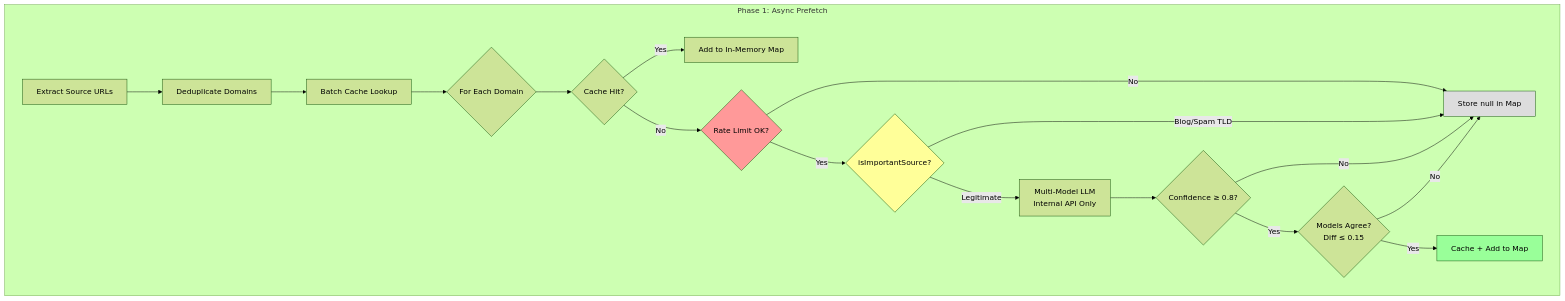
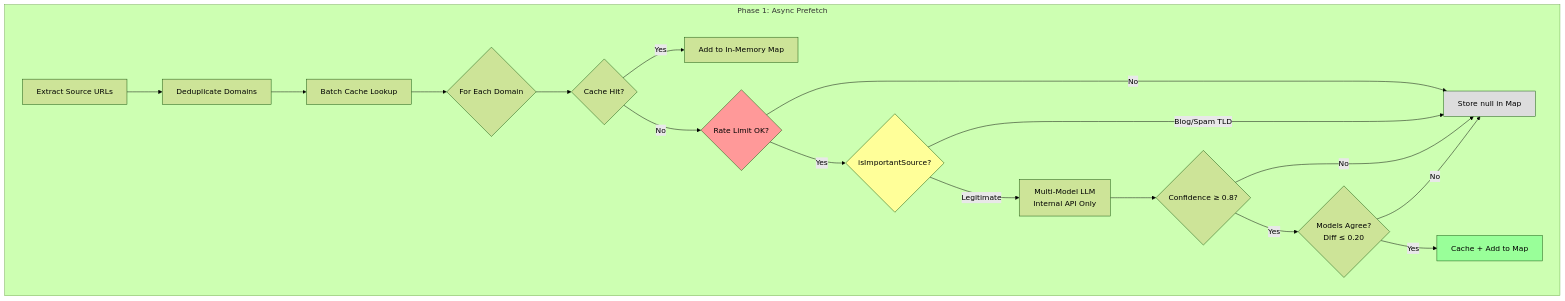
Before and after one commit to robertschaub/FactHarbor: the third of 3 diagrams in Docs/ARCHITECTURE/Source_Reliability.md, drawn with Mermaid (forest theme). The commit also changed other lines of this file and 9 other files, not shown here.

````diff
--- a/Docs/ARCHITECTURE/Source_Reliability.md
+++ b/Docs/ARCHITECTURE/Source_Reliability.md
@@ -186,25 +186,25 @@
 ```mermaid
 flowchart TD
     subgraph prefetch [Phase 1: Async Prefetch]
         URLS[Extract Source URLs] --> DEDUP[Deduplicate Domains]
         DEDUP --> BATCH[Batch Cache Lookup]
         BATCH --> LOOP{For Each Domain}
         LOOP --> HIT{Cache Hit?}
         HIT -->|Yes| MAP[Add to In-Memory Map]
         HIT -->|No| RATE{Rate Limit OK?}
         RATE -->|No| SKIP[Store null in Map]
         RATE -->|Yes| FILTER{isImportantSource?}
         FILTER -->|Blog/Spam TLD| SKIP
         FILTER -->|Legitimate| LLM[Multi-Model LLM<br/>Internal API Only]
         LLM --> CONF{Confidence ≥ 0.8?}
         CONF -->|No| SKIP
-        CONF -->|Yes| CONS{Models Agree?<br/>Diff ≤ 0.15}
+        CONF -->|Yes| CONS{Models Agree?<br/>Diff ≤ 0.20}
         CONS -->|No| SKIP
         CONS -->|Yes| SAVE[Cache + Add to Map]
     end
     
     style RATE fill:#f99
     style FILTER fill:#ff9
     style SKIP fill:#ddd
     style SAVE fill:#9f9
 ```
````
